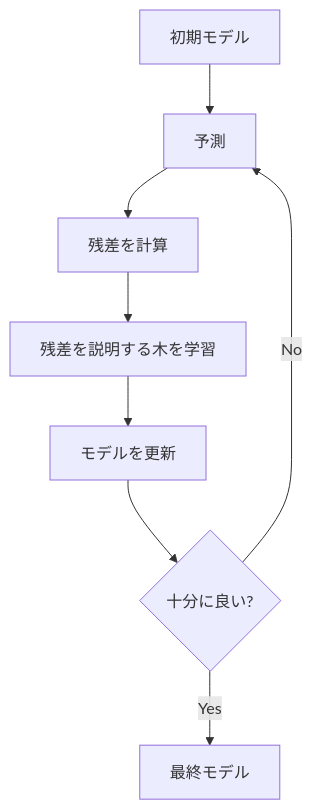
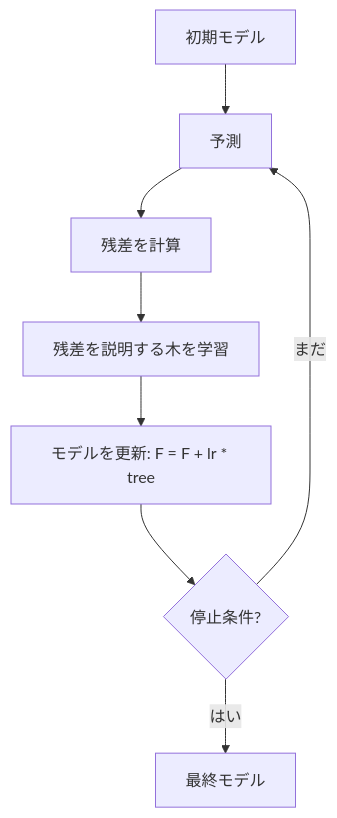
The first of 2 diagrams in projects/ml/notes/ml/gradient-boosting/index.md (nao1215/debimate), drawn with Mermaid before and after one commit. The commit also changed other lines of this file and 6 other files, not shown here.

````diff
--- a/projects/ml/notes/ml/gradient-boosting/index.md
+++ b/projects/ml/notes/ml/gradient-boosting/index.md
@@ -23,10 +41,10 @@
 ```mermaid
 graph TD
     A[初期モデル] --> B[予測]
     B --> C[残差を計算]
     C --> D[残差を説明する木を学習]
-    D --> E[モデルを更新]
-    E --> F{十分に良い?}
-    F -- No --> B
-    F -- Yes --> G[最終モデル]
+    D --> E[モデルを更新: F = F + lr * tree]
+    E --> F{停止条件?}
+    F -- まだ --> B
+    F -- はい --> G[最終モデル]
 ```
````
